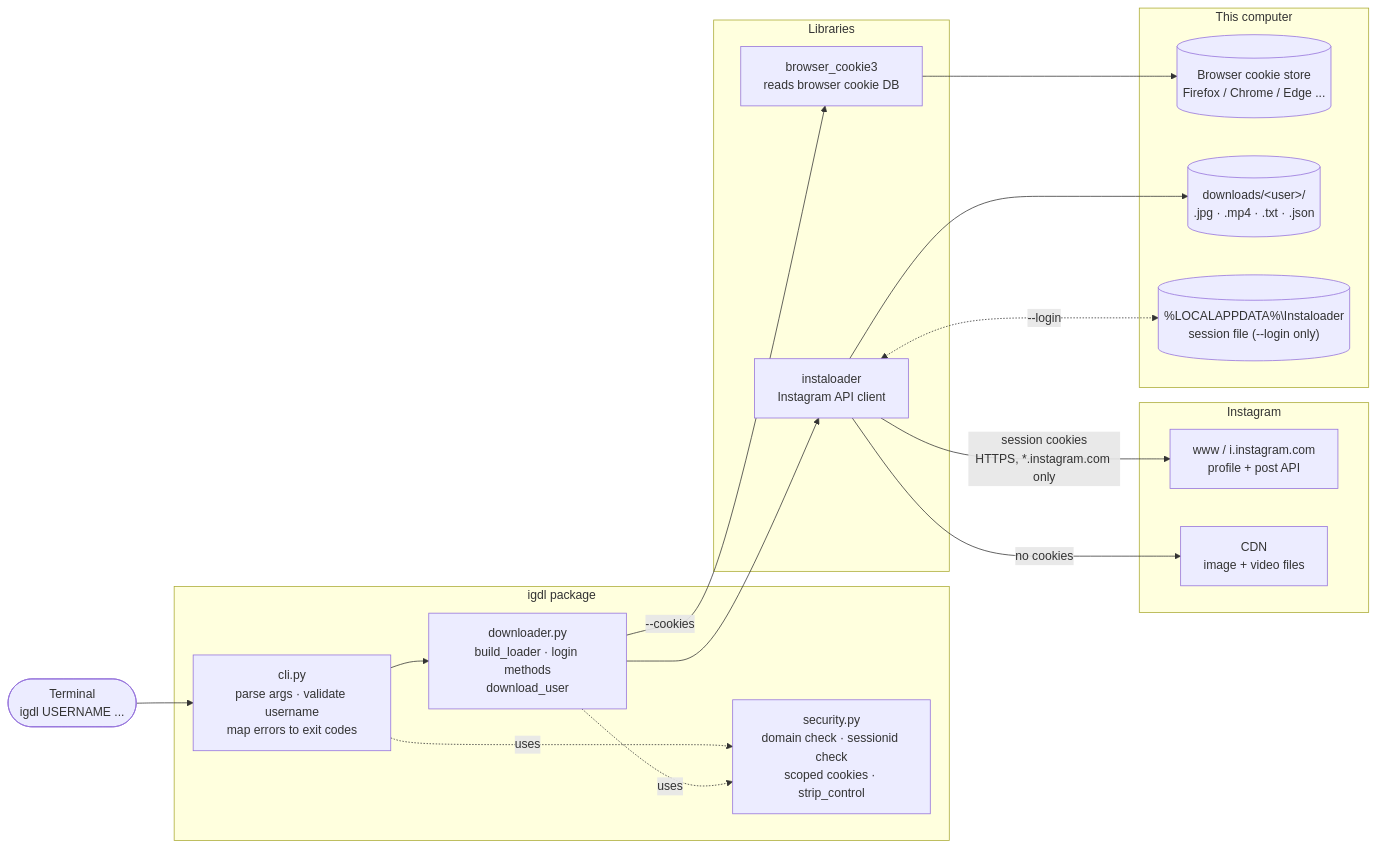
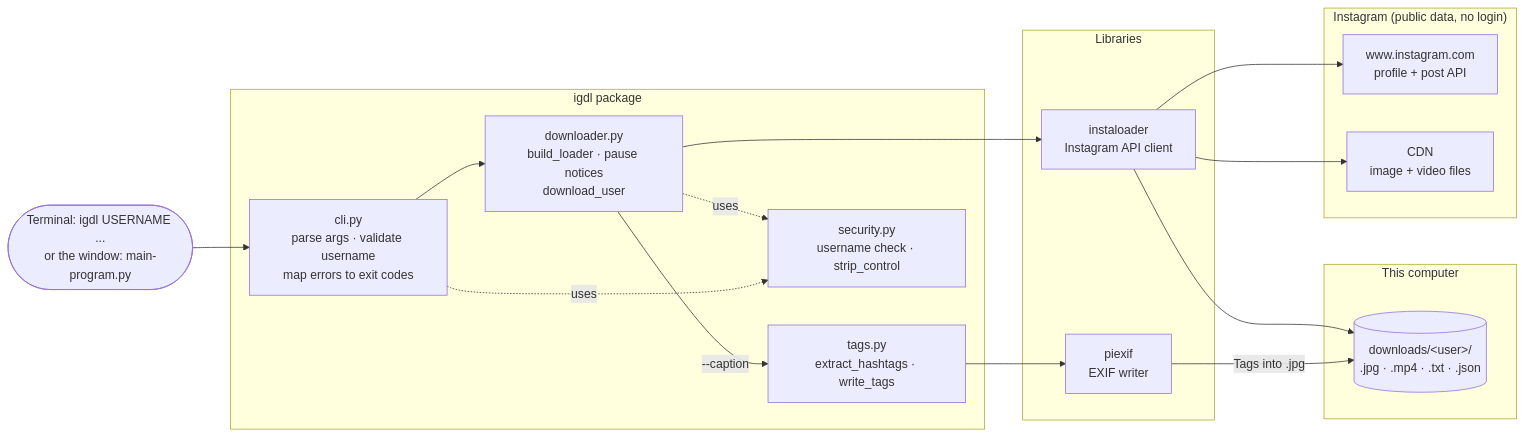
The first of 2 diagrams in ig-scraper/README.md (chl218/scratch), drawn with Mermaid before and after one commit. The commit also changed other lines of this file and 10 other files, not shown here.

Commit message:
Tags and captions added to exif

````diff
--- a/ig-scraper/README.md
+++ b/ig-scraper/README.md
@@ -167,38 +127,37 @@
 ```mermaid
 flowchart LR
-    user(["Terminal<br/>igdl USERNAME ..."])
+    user(["Terminal: igdl USERNAME ...<br/>or the window: main-program.py"])
 
     subgraph igdl["igdl package"]
         cli["cli.py<br/>parse args · validate username<br/>map errors to exit codes"]
-        dl["downloader.py<br/>build_loader · login methods<br/>download_user"]
-        sec["security.py<br/>domain check · sessionid check<br/>scoped cookies · strip_control"]
+        dl["downloader.py<br/>build_loader · pause notices<br/>download_user"]
+        tags["tags.py<br/>extract_hashtags · write_tags"]
+        sec["security.py<br/>username check · strip_control"]
     end
 
     subgraph libs["Libraries"]
         il["instaloader<br/>Instagram API client"]
-        bc3["browser_cookie3<br/>reads browser cookie DB"]
+        px["piexif<br/>EXIF writer"]
     end
 
     subgraph local["This computer"]
-        browser[("Browser cookie store<br/>Firefox / Chrome / Edge ...")]
         out[("downloads/&lt;user&gt;/<br/>.jpg · .mp4 · .txt · .json")]
-        sess[("%LOCALAPPDATA%\Instaloader<br/>session file (--login only)")]
     end
 
-    subgraph ig["Instagram"]
-        api["www / i.instagram.com<br/>profile + post API"]
+    subgraph ig["Instagram (public data, no login)"]
+        api["www.instagram.com<br/>profile + post API"]
         cdn["CDN<br/>image + video files"]
     end
 
     user --> cli
     cli --> dl
     cli -.->|uses| sec
     dl -.->|uses| sec
-    dl -->|"--cookies"| bc3
-    bc3 --> browser
     dl --> il
-    il -->|"session cookies<br/>HTTPS, *.instagram.com only"| api
-    il -->|"no cookies"| cdn
+    dl -->|"--caption"| tags
+    tags --> px
+    px -->|"Tags into .jpg"| out
+    il --> api
+    il --> cdn
     il --> out
-    il <-.->|"--login"| sess
 ```
````
